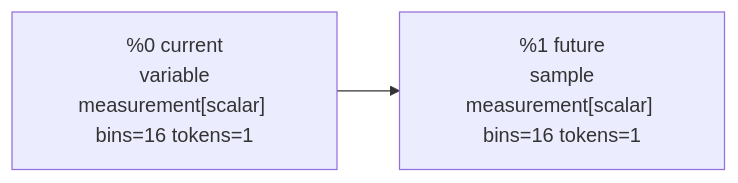
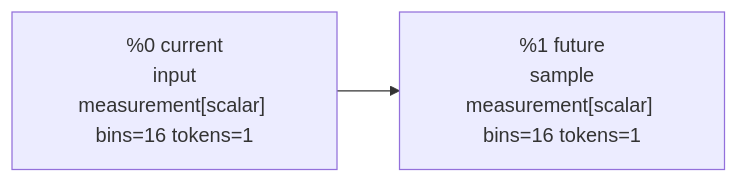
One commit to marin-community/marin changed the first of 2 diagrams in experiments/probabilistic_dataflow/debug_outputs/scalar.md. Above: the diagram before and after it, drawn with Mermaid. The commit also changed other lines of this file and 15 other files, not shown here.

````diff
--- a/experiments/probabilistic_dataflow/debug_outputs/scalar.md
+++ b/experiments/probabilistic_dataflow/debug_outputs/scalar.md
@@ -7,6 +7,6 @@
 ```mermaid
 flowchart LR
-  n0["%0 current<br/>variable<br/>measurement[scalar] bins=16 tokens=1"]
+  n0["%0 current<br/>input<br/>measurement[scalar] bins=16 tokens=1"]
   n1["%1 future<br/>sample<br/>measurement[scalar] bins=16 tokens=1"]
   n0 --> n1
 ```
````
